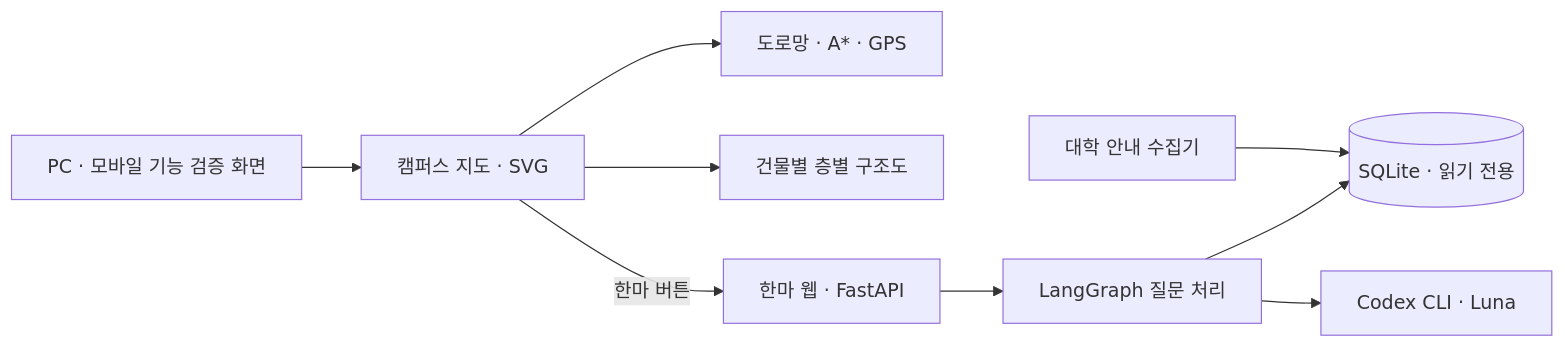
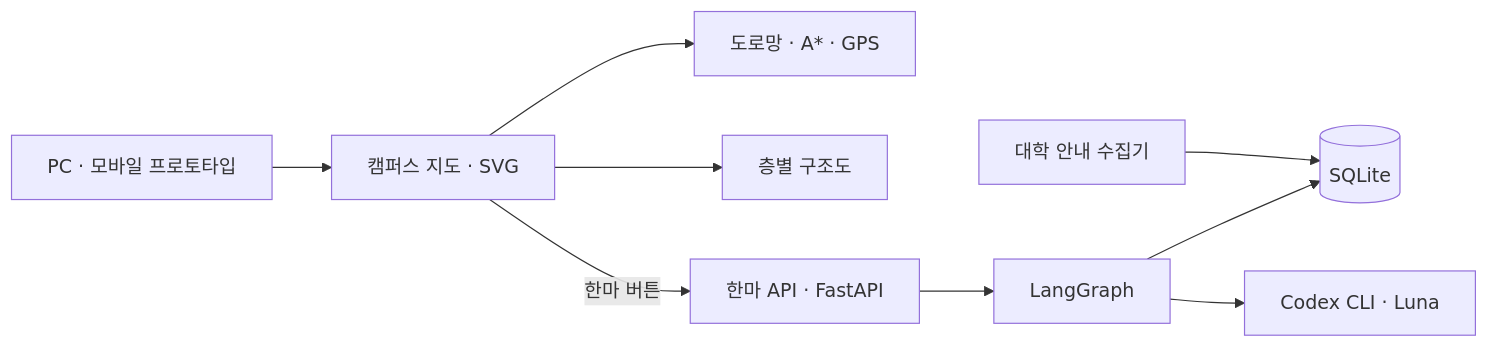
Before and after one commit to PPigicgi/Hanma-kyungnam-campus-map: the diagram in README.md, drawn with Mermaid. The commit also changed other lines of this file, not shown here.

````diff
--- a/README.md
+++ b/README.md
@@ -96,11 +85,11 @@
 ```mermaid
 flowchart LR
-    User[PC · 모바일 기능 검증 화면] --> Map[캠퍼스 지도 · SVG]
+    User[PC · 모바일 프로토타입] --> Map[캠퍼스 지도 · SVG]
     Map --> Road[도로망 · A* · GPS]
-    Map --> Floor[건물별 층별 구조도]
-    Map -->|한마 버튼| Chat[한마 웹 · FastAPI]
-    Chat --> Graph[LangGraph 질문 처리]
-    Graph --> DB[(SQLite · 읽기 전용)]
+    Map --> Floor[층별 구조도]
+    Map -->|한마 버튼| Chat[한마 API · FastAPI]
+    Chat --> Graph[LangGraph]
+    Graph --> DB[(SQLite)]
     Graph --> Model[Codex CLI · Luna]
     Crawl[대학 안내 수집기] --> DB
 ```
````
